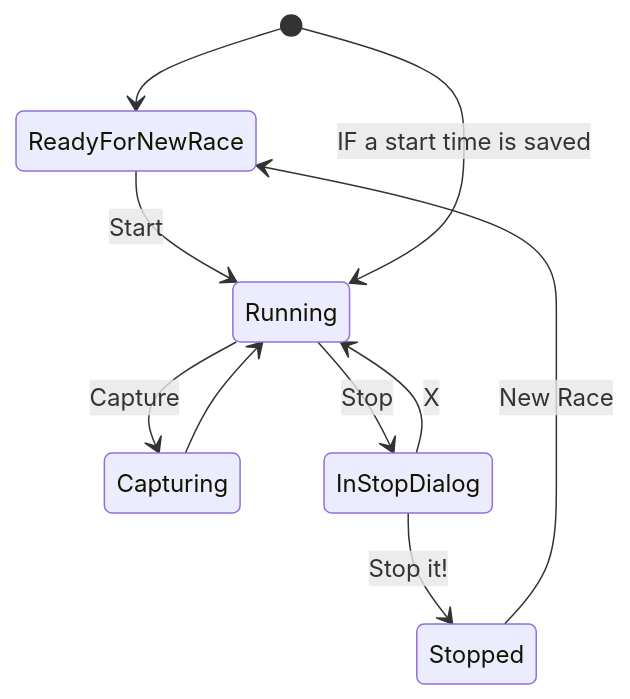
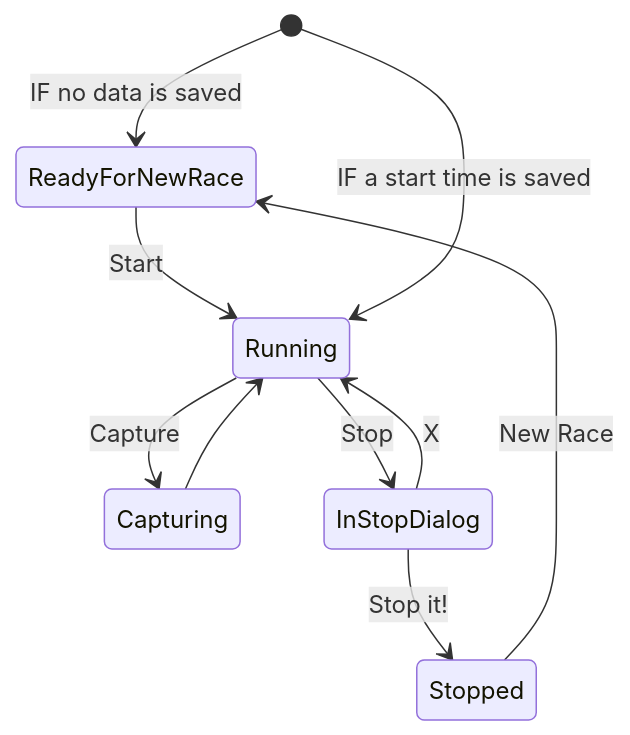
One commit to paulroho/finishers changed the diagram in README.md. Above: the diagram before and after it, drawn with Mermaid. The commit also changed other lines of this file, not shown here.

````diff
--- a/README.md
+++ b/README.md
@@ -129,12 +129,12 @@
 ```mermaid
 stateDiagram-v2
-  [*] --> ReadyForNewRace
+  [*] --> ReadyForNewRace: IF no data is saved
   ReadyForNewRace --> Running: Start
   [*] --> Running: IF a start time is saved
   Running --> Capturing: Capture
   Capturing --> Running
   Running --> InStopDialog: Stop
   InStopDialog --> Running: X
   InStopDialog --> Stopped: Stop it!
   Stopped --> ReadyForNewRace: New Race
 ```
````
